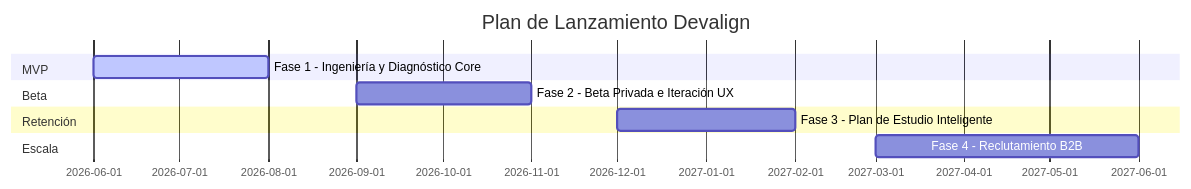
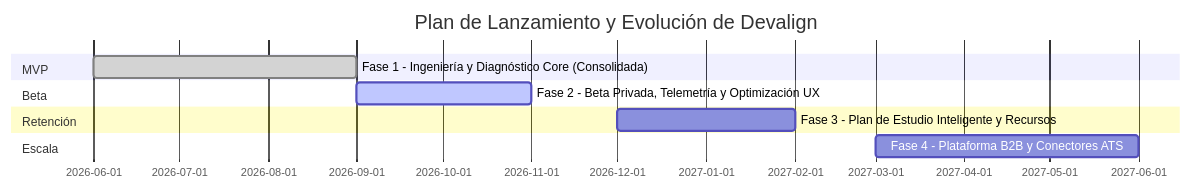
The diagram in ROADMAP.md (devalign/devalign-docs), drawn with Mermaid before and after one commit. The commit also changed other lines of this file and 5 other files, not shown here.

Commit message:
docs(architecture): update technical documentation suite to reflect latest codebase state

````diff
--- a/ROADMAP.md
+++ b/ROADMAP.md
@@ -9,13 +9,13 @@
 ```mermaid
 gantt
-    title Plan de Lanzamiento Devalign
+    title Plan de Lanzamiento y Evolución de Devalign
     dateFormat  YYYY-MM
     section MVP
-    Fase 1 - Ingeniería y Diagnóstico Core :active, 2026-06, 2026-08
+    Fase 1 - Ingeniería y Diagnóstico Core (Consolidada) :done, 2026-06, 2026-09
     section Beta
-    Fase 2 - Beta Privada e Iteración UX   : 2026-09, 2026-11
+    Fase 2 - Beta Privada, Telemetría y Optimización UX   :active, 2026-09, 2026-11
     section Retención
-    Fase 3 - Plan de Estudio Inteligente   : 2026-12, 2027-02
+    Fase 3 - Plan de Estudio Inteligente y Recursos       : 2026-12, 2027-02
     section Escala
-    Fase 4 - Reclutamiento B2B             : 2027-03, 2027-06
+    Fase 4 - Plataforma B2B y Conectores ATS              : 2027-03, 2027-06
 ```
````
